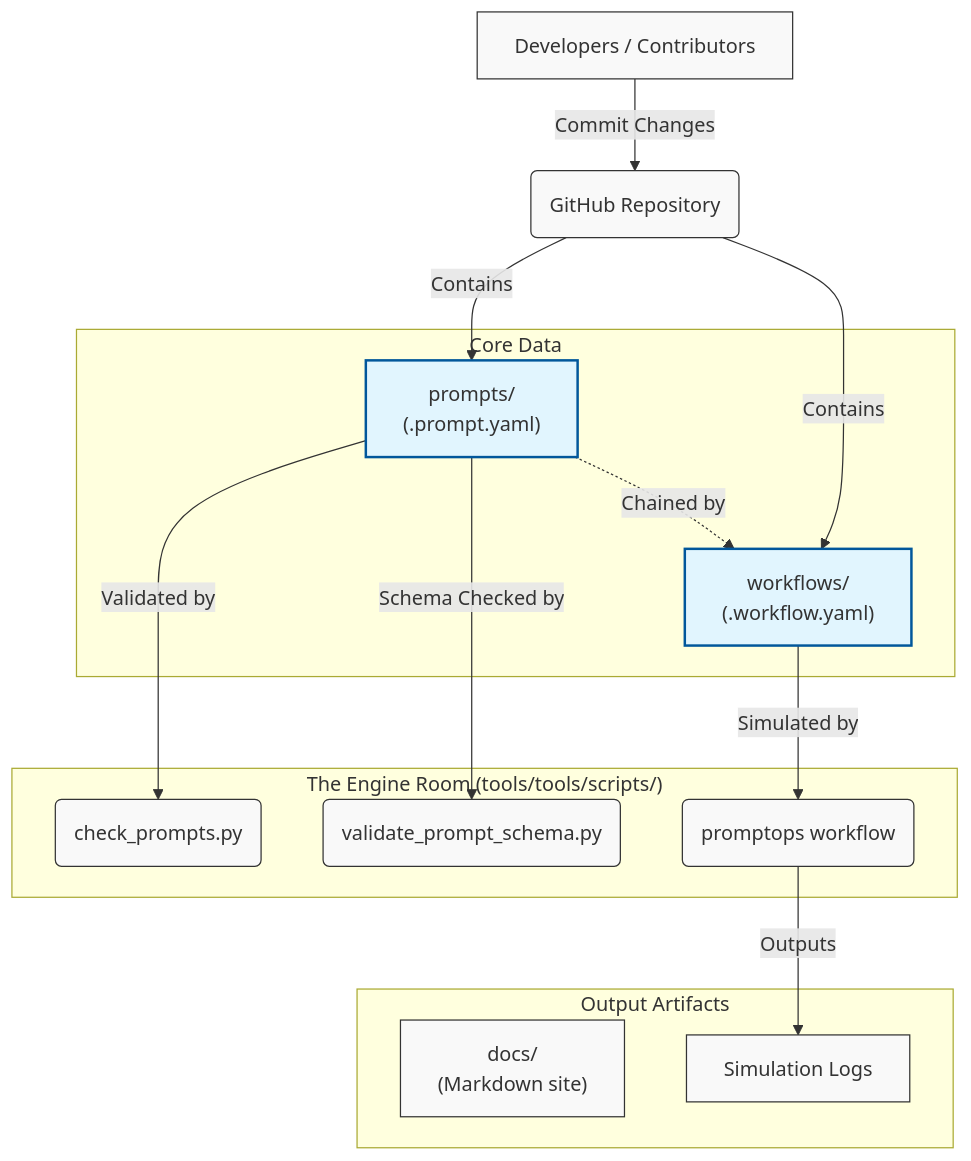
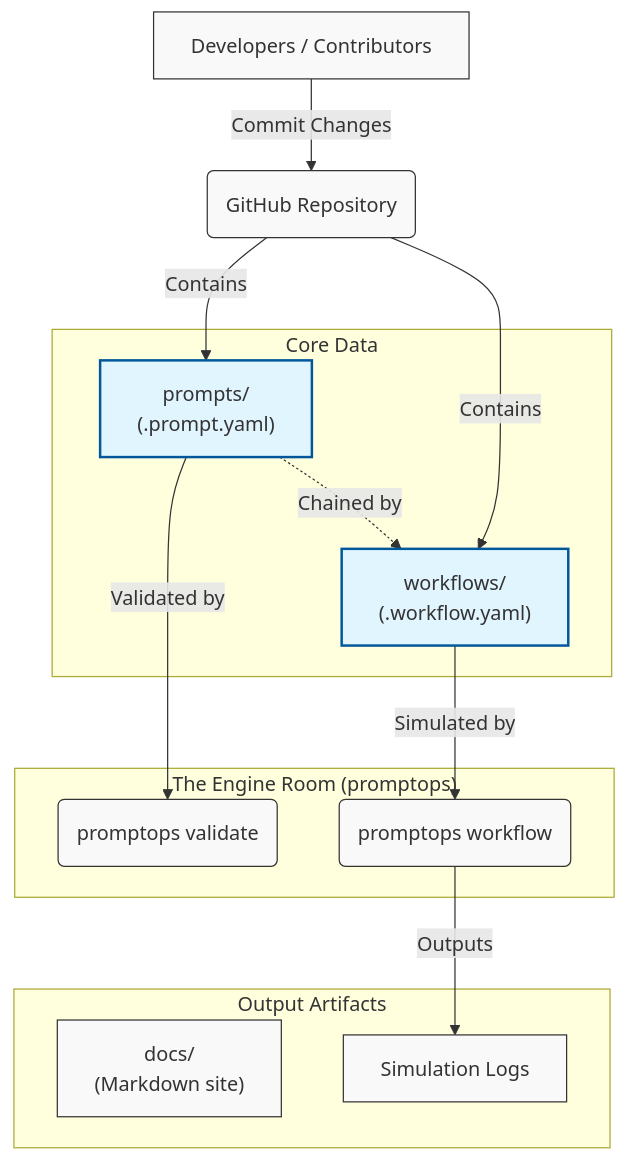
One commit to fderuiter/PromptOps changed the diagram in docs/system_architecture.md. Above: the diagram before and after it, drawn with Mermaid. The commit also changed other lines of this file and 9 other files, not shown here.

Commit message:
docs: align validation documentation and diagrams with unified promptops validation CLI tool

````diff
--- a/docs/system_architecture.md
+++ b/docs/system_architecture.md
@@ -9,35 +9,33 @@
 ```mermaid
 graph TD
     %% Define Nodes
     A[Developers / Contributors] -->|Commit Changes| B(GitHub Repository)
 
     subgraph "Core Data"
         C1["prompts/<br>(.prompt.yaml)"]
         C2["workflows/<br>(.workflow.yaml)"]
         C1 -.->|Chained by| C2
     end
     B -->|Contains| C1
     B -->|Contains| C2
 
-    subgraph "The Engine Room (tools/tools/scripts/)"
-        D1(check_prompts.py)
-        D2(validate_prompt_schema.py)
-        D3(promptops workflow)
+    subgraph "The Engine Room (promptops)"
+        D1(promptops validate)
+        D2(promptops workflow)
     end
 
     %% Flow of Validation
     C1 -->|Validated by| D1
-    C1 -->|Schema Checked by| D2
-    C2 -->|Simulated by| D3
+    C2 -->|Simulated by| D2
 
     subgraph "Output Artifacts"
         E1["docs/<br>(Markdown site)"]
         E2[Simulation Logs]
     end
 
-    D3 -->|Outputs| E2
+    D2 -->|Outputs| E2
 
     classDef default fill:#f9f9f9,stroke:#333,stroke-width:1px;
     classDef highlight fill:#e1f5fe,stroke:#01579b,stroke-width:2px;
     class C1,C2 highlight;
 ```
````
